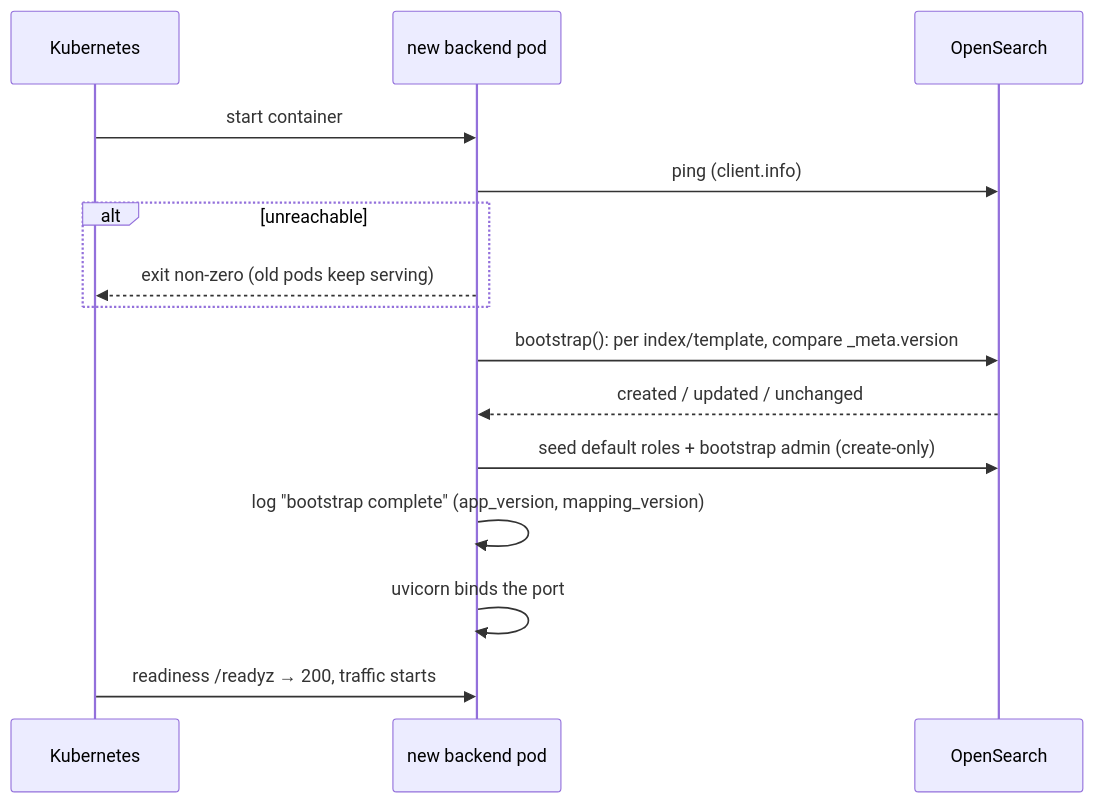
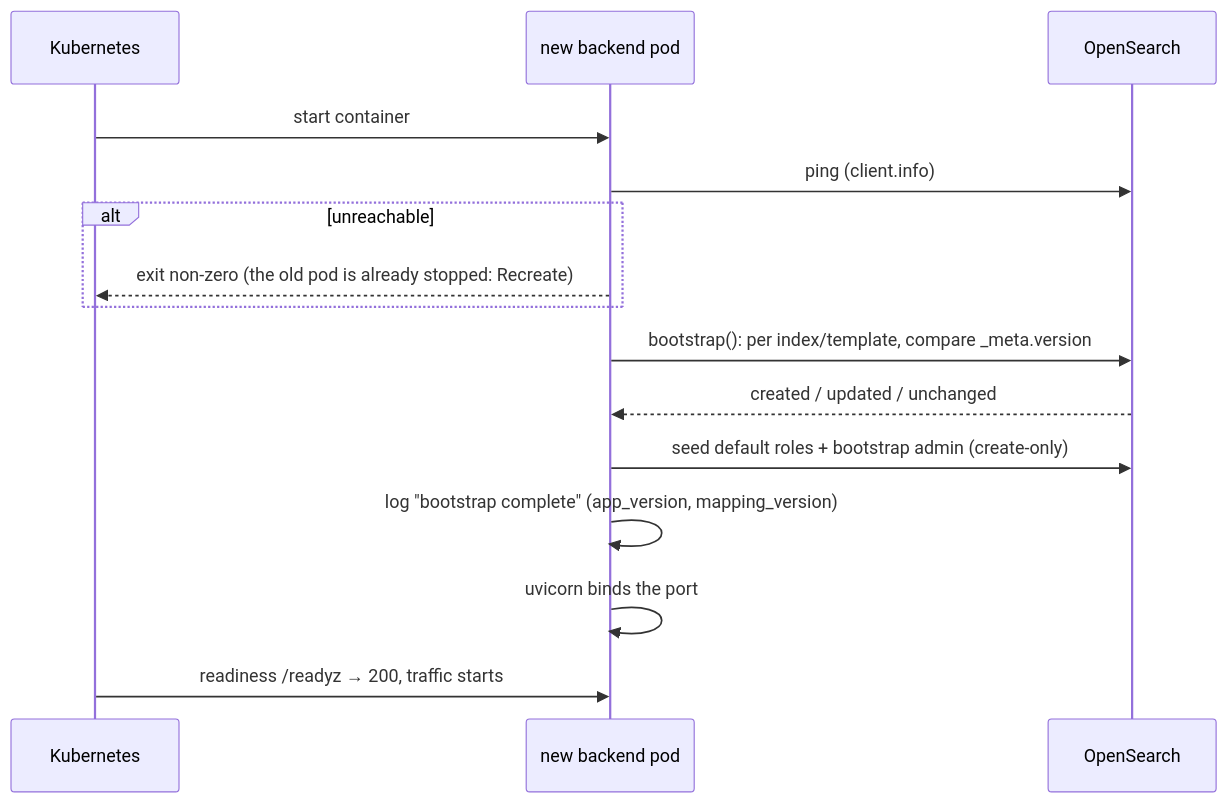
One commit to Danube-Labs/javv-poc changed the diagram in docs/engineering/UPGRADES.md. Above: the diagram before and after it, drawn with Mermaid. The commit also changed other lines of this file and 29 other files, not shown here.

First line of the commit message:
feat: the javv chart, the backend and frontend from the compose file (#740)

````diff
--- a/docs/engineering/UPGRADES.md
+++ b/docs/engineering/UPGRADES.md
@@ -12,17 +12,17 @@
 ```mermaid
 sequenceDiagram
     participant K as Kubernetes
     participant P as new backend pod
     participant O as OpenSearch
     K->>P: start container
     P->>O: ping (client.info)
     alt unreachable
-        P-->>K: exit non-zero (old pods keep serving)
+        P-->>K: exit non-zero (the old pod is already stopped: Recreate)
     end
     P->>O: bootstrap(): per index/template, compare _meta.version
     O-->>P: created / updated / unchanged
     P->>O: seed default roles + bootstrap admin (create-only)
     P->>P: log "bootstrap complete" (app_version, mapping_version)
     P->>P: uvicorn binds the port
     K->>P: readiness /readyz → 200, traffic starts
 ```
````
